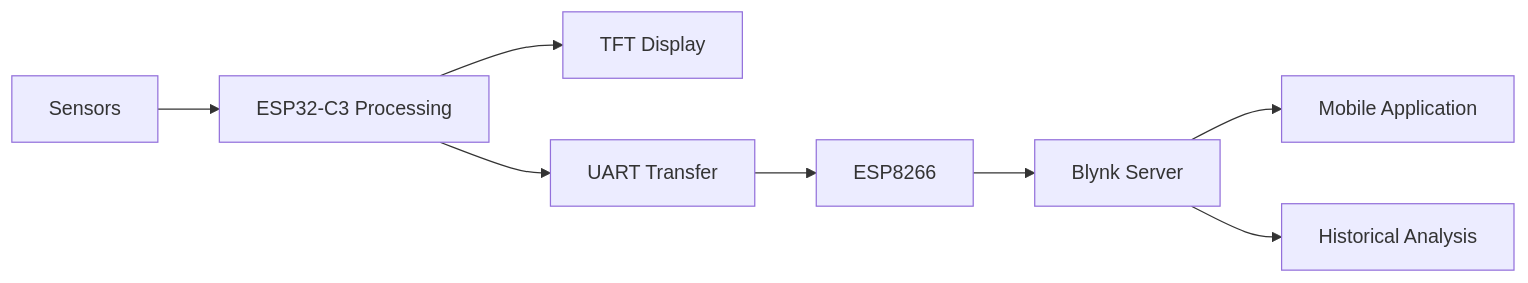
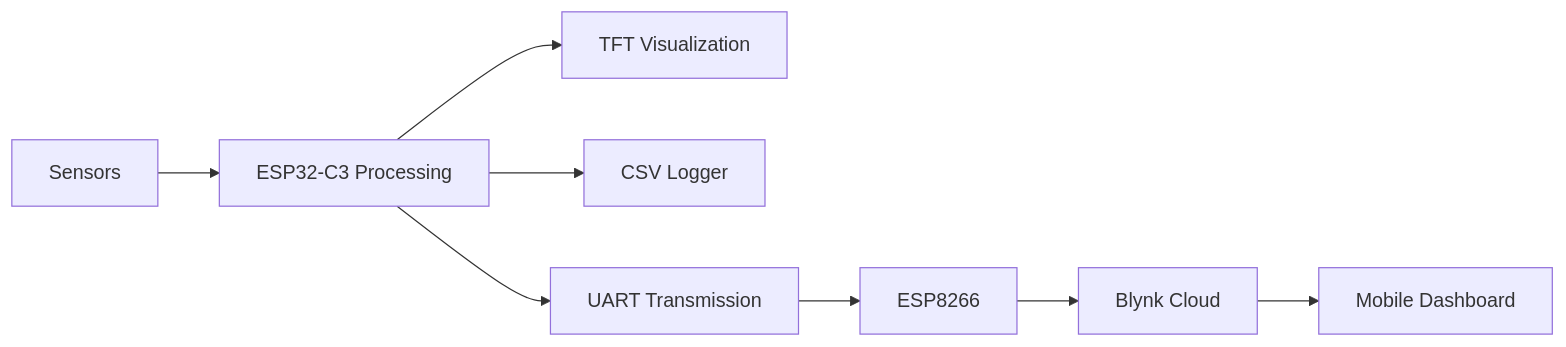
Before and after one commit to Willowwilson78-hub/ESP32_Power_Monitor: the second of 3 diagrams in README.md, drawn with Mermaid. The commit also changed other lines of this file, not shown here.

````diff
--- a/README.md
+++ b/README.md
@@ -72,17 +94,19 @@
 ```mermaid
 flowchart LR
 
-S[Sensors] --> P[ESP32-C3 Processing]
+S[Sensors]
 
-P --> D[TFT Display]
+S --> P[ESP32-C3 Processing]
 
-P --> U[UART Transfer]
+P --> TFT[TFT Visualization]
 
-U --> W[ESP8266]
+P --> SD[CSV Logger]
 
-W --> B[Blynk Server]
+P --> UART[UART Transmission]
 
-B --> M[Mobile Application]
+UART --> E[ESP8266]
 
-B --> A[Historical Analysis]
+E --> CLOUD[Blynk Cloud]
+
+CLOUD --> APP[Mobile Dashboard]
 ```
````
